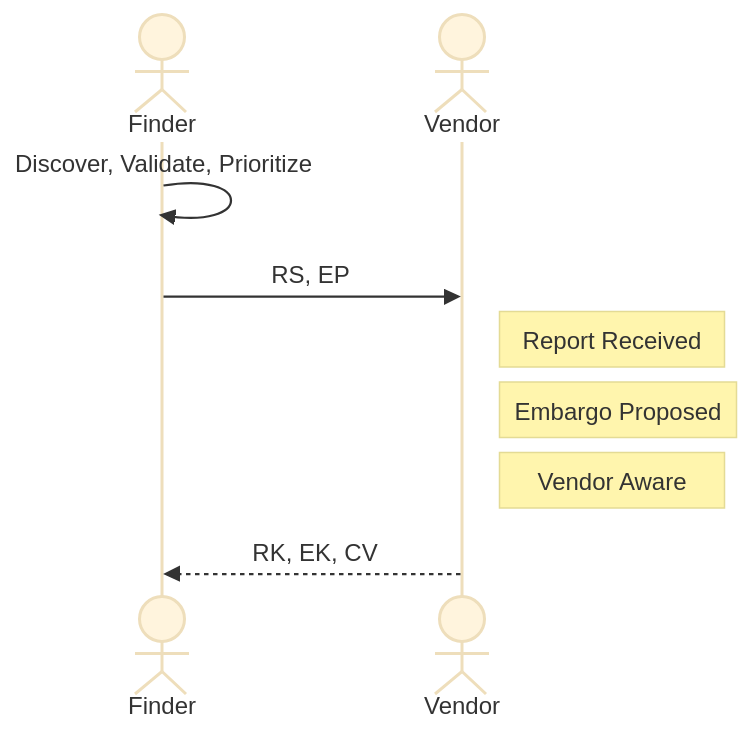
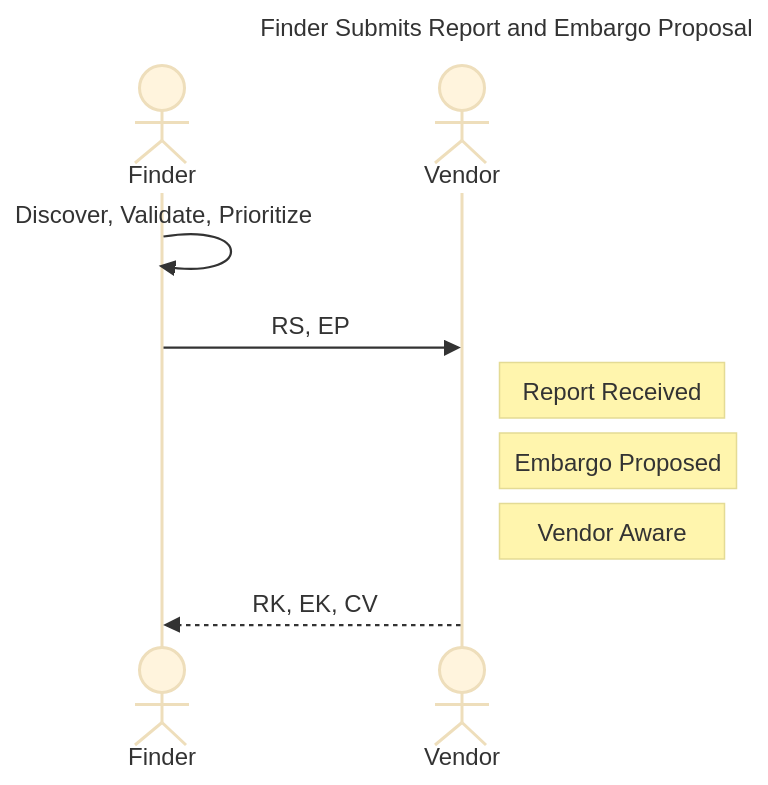
One commit to CERTCC/Vultron changed the second of 13 diagrams in docs/tutorials/worked_example.md. Above: the diagram before and after it, drawn with Mermaid (base theme). The commit also changed other lines of this file, not shown here.

First line of the commit message:
docs: add mermaid title: headers to worked_example.md diagrams

````diff
--- a/docs/tutorials/worked_example.md
+++ b/docs/tutorials/worked_example.md
@@ -35,11 +38,14 @@
 ```mermaid
+---
+title: Finder Submits Report and Embargo Proposal
+---
 sequenceDiagram
     actor Finder
     actor Vendor
     Finder ->> Finder: Discover, Validate, Prioritize
     Finder ->> Vendor: RS, EP
     note right of Vendor: Report Received
     note right of Vendor: Embargo Proposed
     note right of Vendor: Vendor Aware
     Vendor -->> Finder: RK, EK, CV
 ```
````
